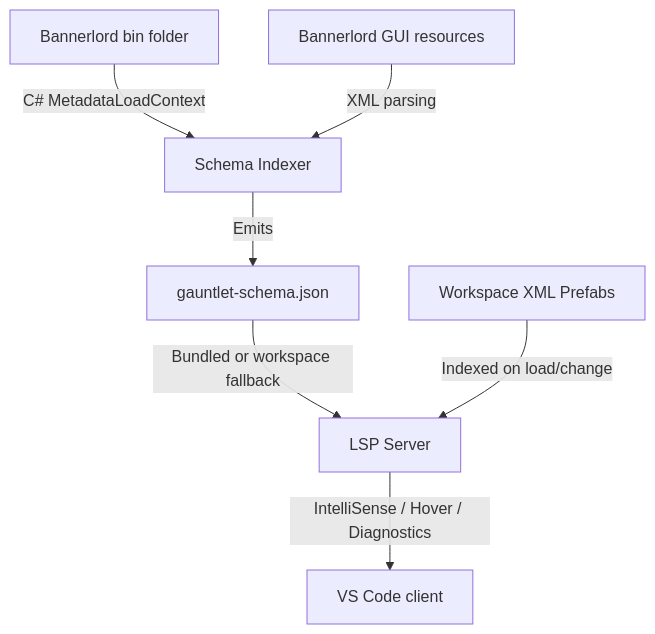
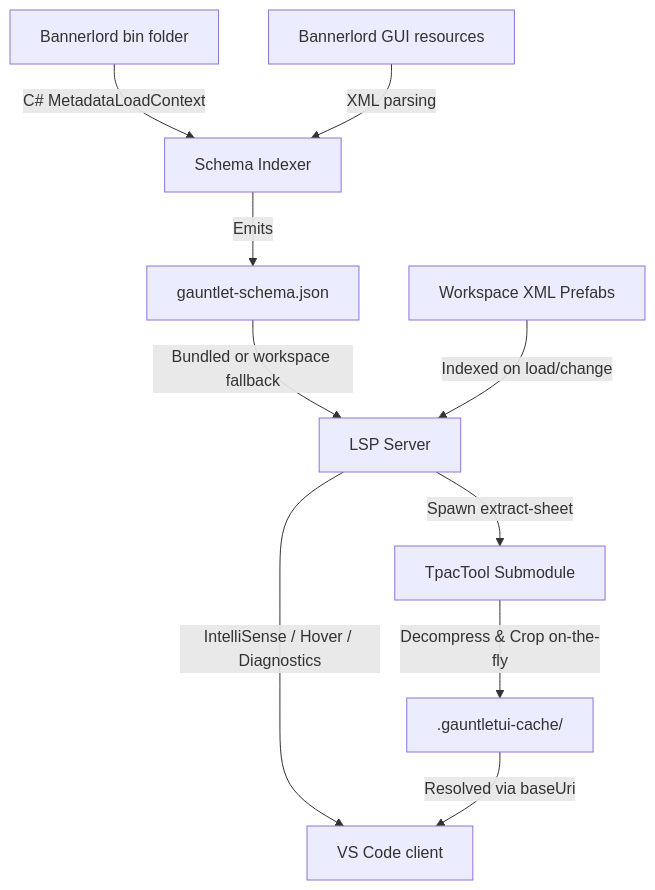
Before and after one commit to kerema14/GauntletUI-LSP: the diagram in README.md, drawn with Mermaid. The commit also changed other lines of this file, not shown here.

````diff
--- a/README.md
+++ b/README.md
@@ -15,9 +16,12 @@
 ```mermaid
 graph TD
     GameBin[Bannerlord bin folder] -->|C# MetadataLoadContext| Indexer[Schema Indexer]
     GameRes[Bannerlord GUI resources] -->|XML parsing| Indexer
     Indexer -->|Emits| Schema[gauntlet-schema.json]
     Schema -->|Bundled or workspace fallback| LSP[LSP Server]
     Workspace[Workspace XML Prefabs] -->|Indexed on load/change| LSP
     LSP -->|IntelliSense / Hover / Diagnostics| VSCode[VS Code client]
+    LSP -->|Spawn extract-sheet| Tpac[TpacTool Submodule]
+    Tpac -->|Decompress & Crop on-the-fly| Cache[.gauntletui-cache/]
+    Cache -->|Resolved via baseUri| VSCode
 ```
````
